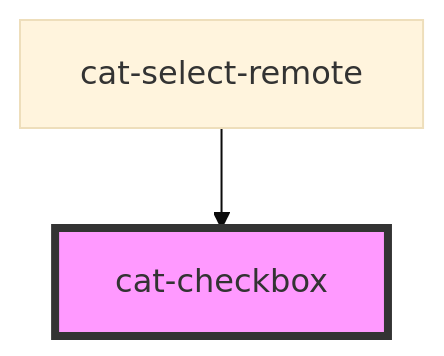
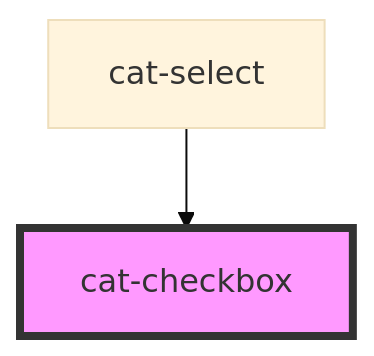
The diagram in core/src/components/cat-checkbox/readme.md (haiilo/catalyst), drawn with Mermaid (base theme) before and after one commit. The commit also changed other lines of this file and 27 other files, not shown here.

````diff
--- a/core/src/components/cat-checkbox/readme.md
+++ b/core/src/components/cat-checkbox/readme.md
@@ -69,5 +69,5 @@
 ```mermaid
 graph TD;
-  cat-select-remote --> cat-checkbox
+  cat-select --> cat-checkbox
   style cat-checkbox fill:#f9f,stroke:#333,stroke-width:4px
 ```
````
